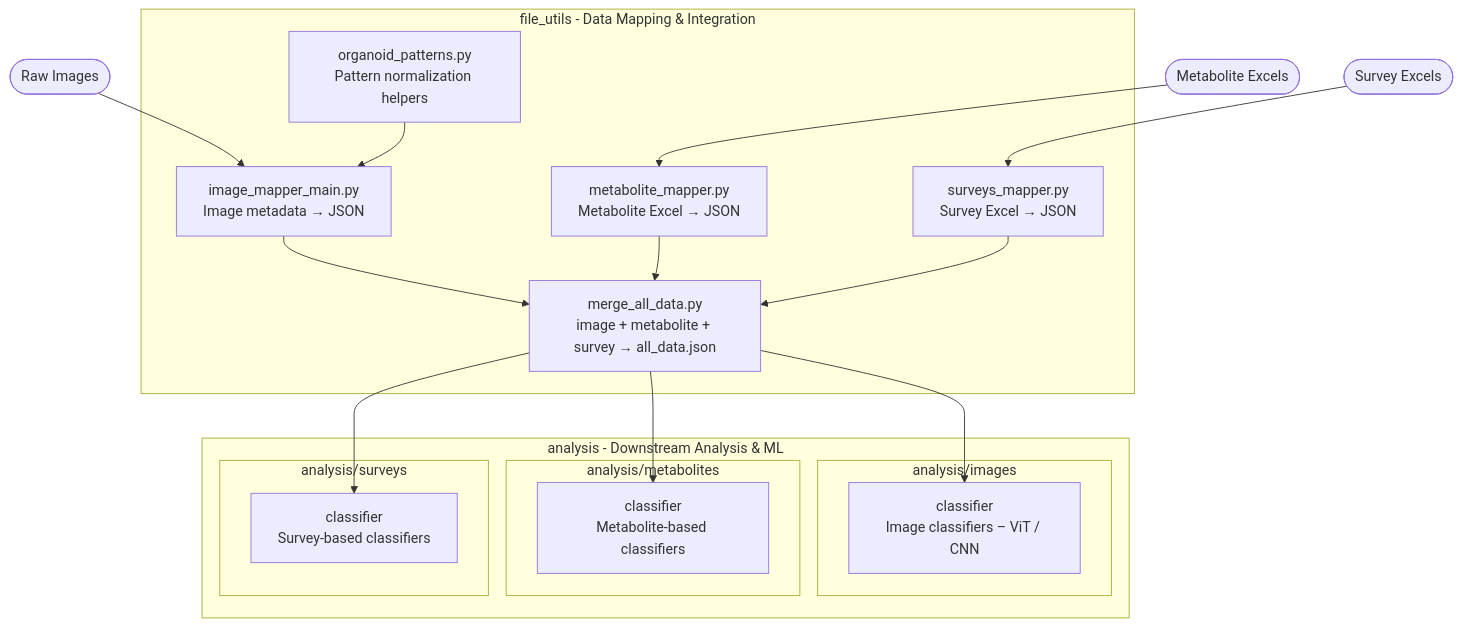
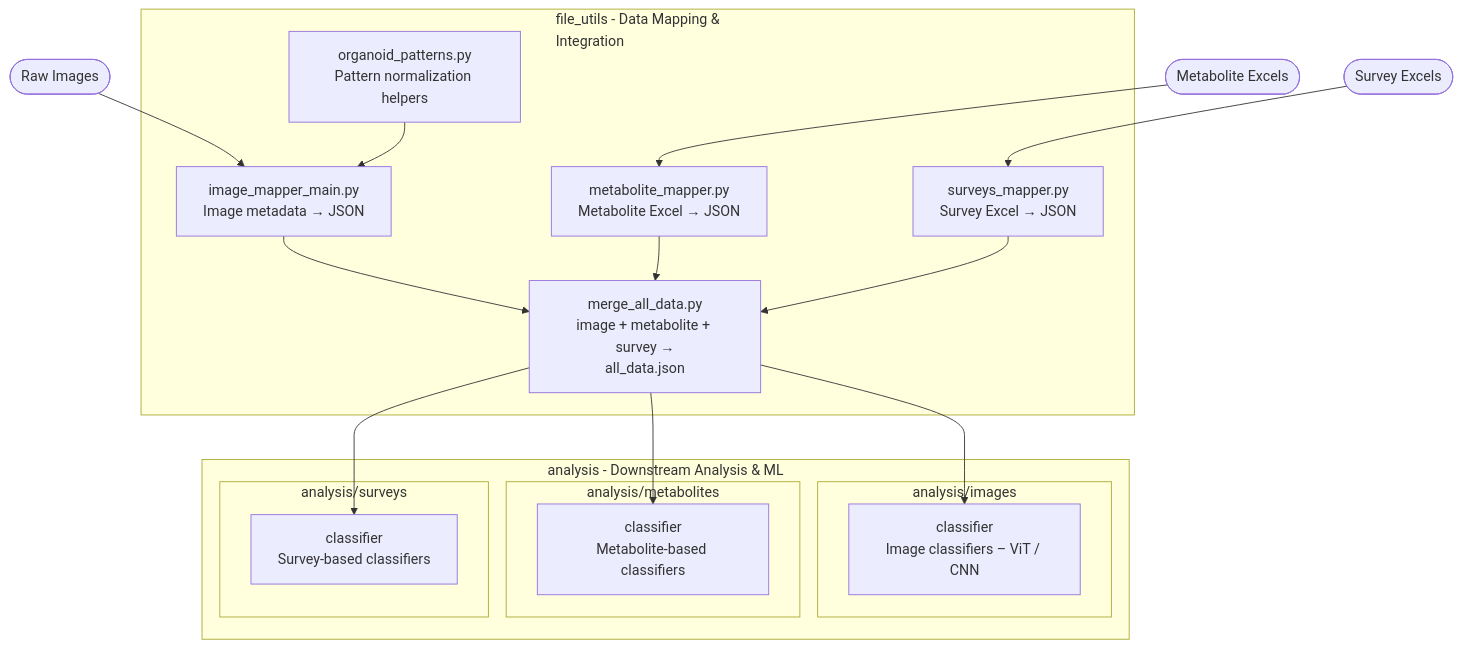
The diagram in README.md (dsi-clinic/2025-promega-mini-test), drawn with Mermaid before and after one commit. The commit also changed other lines of this file, not shown here.

Commit message:
Fix flow chart formatting

````diff
--- a/README.md
+++ b/README.md
@@ -25,45 +25,45 @@
 ```mermaid
 flowchart TD
     %% ========= INPUT STAGE ========= %%
     A1([Raw Images])
     A2([Metabolite Excels])
     A3([Survey Excels])
 
     %% ========= FILE_UTILS PROCESSING ========= %%
-    subgraph B[file_utils - Data Mapping & Integration]
-        B1[image_mapper_main.py</br>Image metadata → JSON]
+    subgraph B[file_utils - Data Mapping &<br/>Integration]
+        B1[image_mapper_main.py<br/>Image metadata → JSON]
         B1b[organoid_patterns.py<br/>Pattern normalization helpers]
         B2[metabolite_mapper.py<br/>Metabolite Excel → JSON]
         B3[surveys_mapper.py<br/>Survey Excel → JSON]
-        B4[merge_all_data.py<br/>image + metabolite + survey → all_data.json]
+        B4[merge_all_data.py<br/>image + metabolite + survey →<br/>all_data.json]
     end
 
     %% ========= ANALYSIS PIPELINE ========= %%
     subgraph C[analysis - Downstream Analysis & ML]
         subgraph C1[analysis/images]
             C10[classifier<br/>Image classifiers – ViT / CNN]
         end
 
         subgraph C2[analysis/metabolites]
             C20[classifier<br/>Metabolite-based classifiers]
         end
 
         subgraph C3[analysis/surveys]
             C30[classifier<br/>Survey-based classifiers]
         end
     end
 
     %% ========= DATA FLOW ========= %%
     A1 --> B1
     B1b --> B1
     A2 --> B2
     A3 --> B3
     B1 --> B4
     B2 --> B4
     B3 --> B4
 
     %% From merged data to analyses
     B4 --> C10
     B4 --> C20
     B4 --> C30
 ```
````
